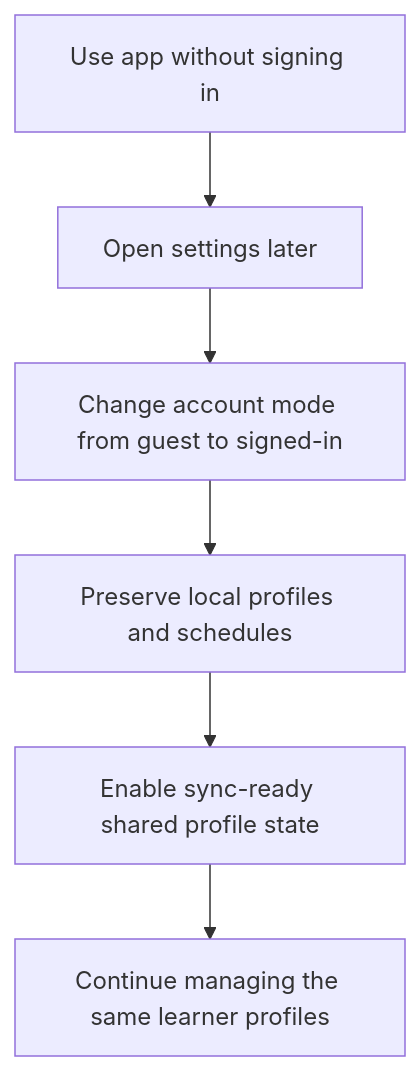
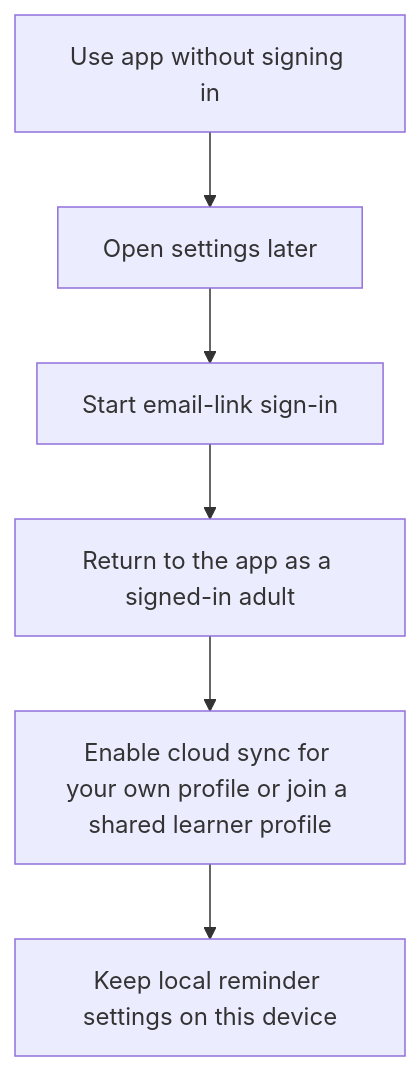
The diagram in docs/user-flows/create-account-later.md (mahdihijazi/tathbeet), drawn with Mermaid before and after one commit. The commit also changed other lines of this file and 6 other files, not shown here.

First line of the commit message:
Define cloud sync account model

````diff
--- a/docs/user-flows/create-account-later.md
+++ b/docs/user-flows/create-account-later.md
@@ -3,8 +3,8 @@
 ```mermaid
 flowchart TD
     A["Use app without signing in"] --> B["Open settings later"]
-    B --> C["Change account mode from guest to signed-in"]
-    C --> D["Preserve local profiles and schedules"]
-    D --> E["Enable sync-ready shared profile state"]
-    E --> F["Continue managing the same learner profiles"]
+    B --> C["Start email-link sign-in"]
+    C --> D["Return to the app as a signed-in adult"]
+    D --> E["Enable cloud sync for your own profile or join a shared learner profile"]
+    E --> F["Keep local reminder settings on this device"]
 ```
````
